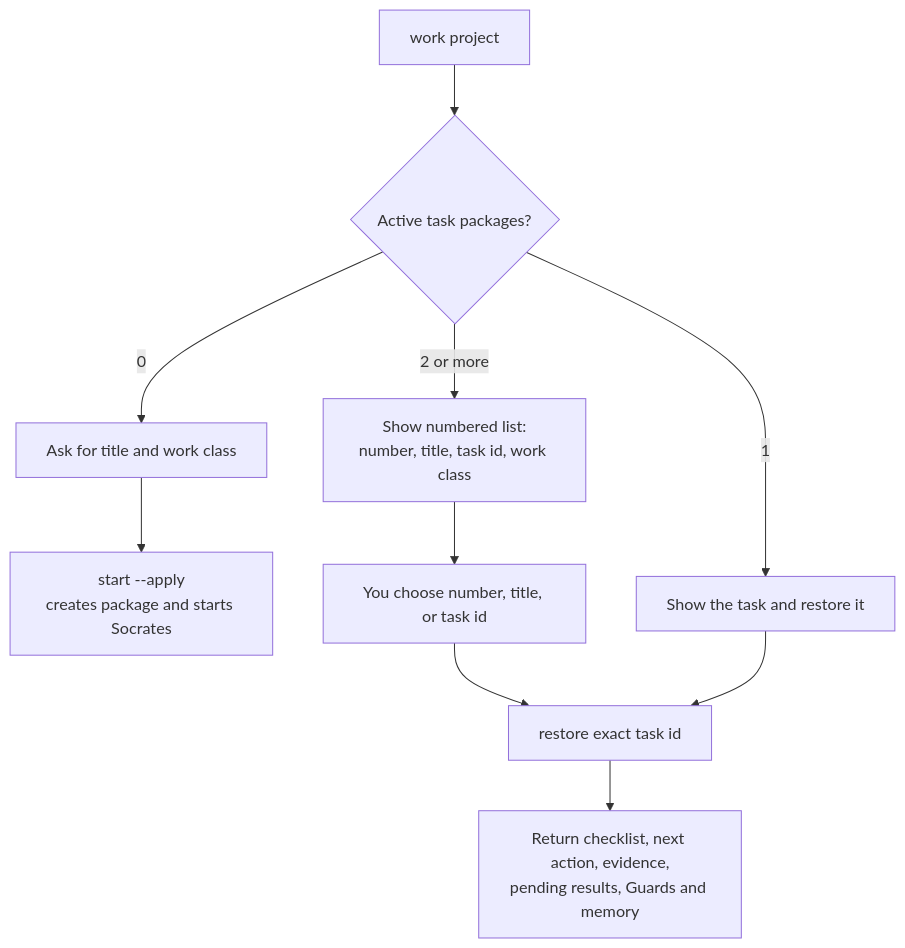
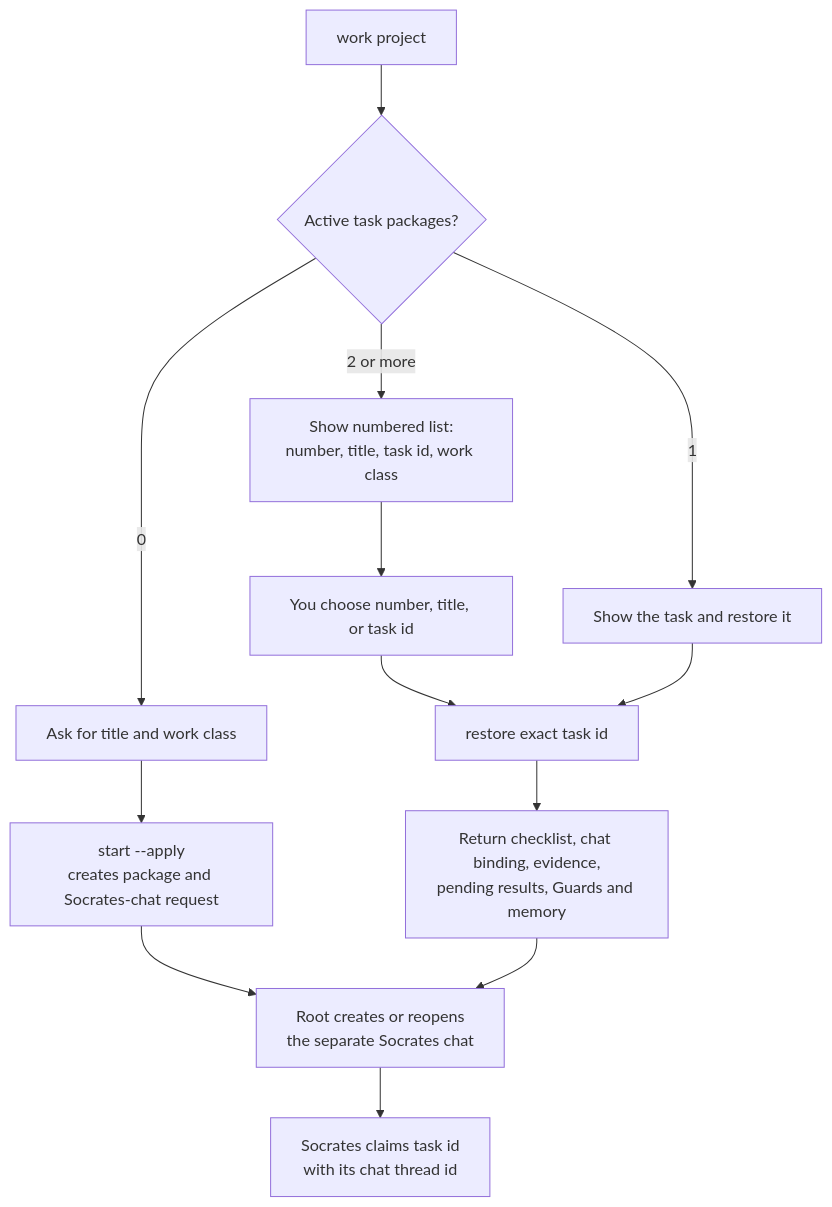
The second of 5 diagrams in docs/using-fabric.md (ale4ko69/ai-agent-fabric), drawn with Mermaid before and after one commit. The commit also changed other lines of this file and 13 other files, not shown here.

Commit message:
Make separate Socrates chat lifecycle durable

````diff
--- a/docs/using-fabric.md
+++ b/docs/using-fabric.md
@@ -32,12 +32,15 @@
 ```mermaid
 flowchart TD
     work["work project"] --> count{Active task packages?}
     count -->|0| intake["Ask for title and work class"]
-    intake --> start["start --apply\ncreates package and starts Socrates"]
+    intake --> start["start --apply\ncreates package and Socrates-chat request"]
+    start --> chat["Root creates or reopens\nthe separate Socrates chat"]
+    chat --> claim["Socrates claims task id\nwith its chat thread id"]
     count -->|1| one["Show the task and restore it"]
     count -->|2 or more| list["Show numbered list:\nnumber, title, task id, work class"]
     list --> choice["You choose number, title, or task id"]
     choice --> restore["restore exact task id"]
     one --> restore
-    restore --> packet["Return checklist, next action, evidence,\npending results, Guards and memory"]
+    restore --> packet["Return checklist, chat binding, evidence,\npending results, Guards and memory"]
+    packet --> chat
 ```
````
